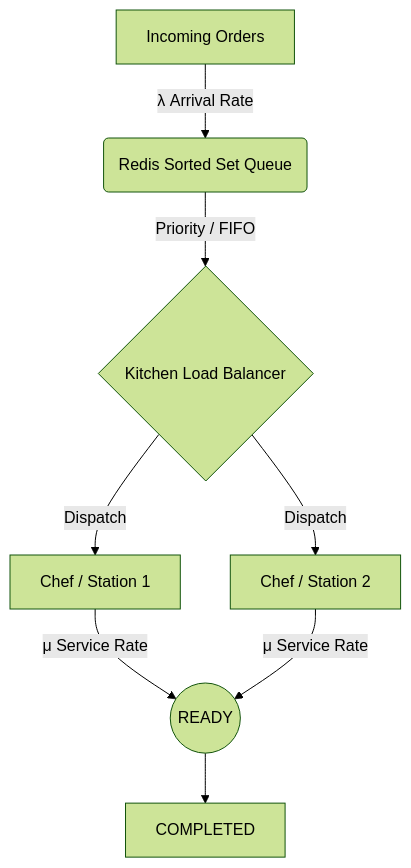
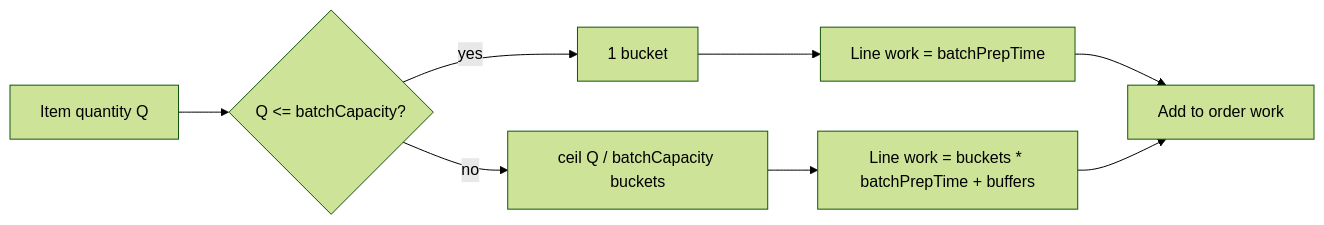
One commit to dipeshkr04/UniFeast changed the third of 5 diagrams in kitchen.md. Above: the diagram before and after it, drawn with Mermaid (forest theme). The commit also changed other lines of this file and 21 other files, not shown here.

````diff
--- a/kitchen.md
+++ b/kitchen.md
@@ -154,10 +242,10 @@
 ```mermaid
-graph TD
-    A[Incoming Orders] -->|λ Arrival Rate| B(Redis Sorted Set Queue)
-    B -->|Priority / FIFO| C{Kitchen Load Balancer}
-    C -->|Dispatch| D[Chef / Station 1]
-    C -->|Dispatch| E[Chef / Station 2]
-    D -->|μ Service Rate| F((READY))
-    E -->|μ Service Rate| F
-    F --> G[COMPLETED]
+flowchart LR
+    Q[Item quantity Q] --> A{Q <= batchCapacity?}
+    A -->|yes| B[1 bucket]
+    A -->|no| C[ceil Q / batchCapacity buckets]
+    B --> D[Line work = batchPrepTime]
+    C --> E[Line work = buckets * batchPrepTime + buffers]
+    D --> F[Add to order work]
+    E --> F
 ```
````
